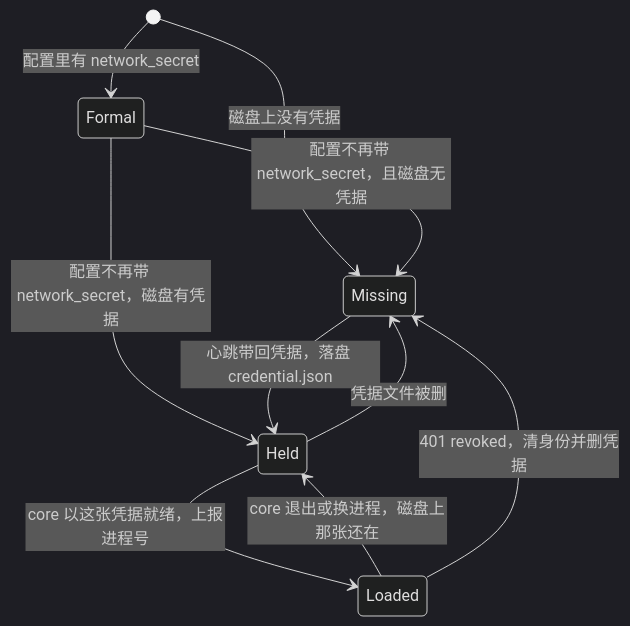
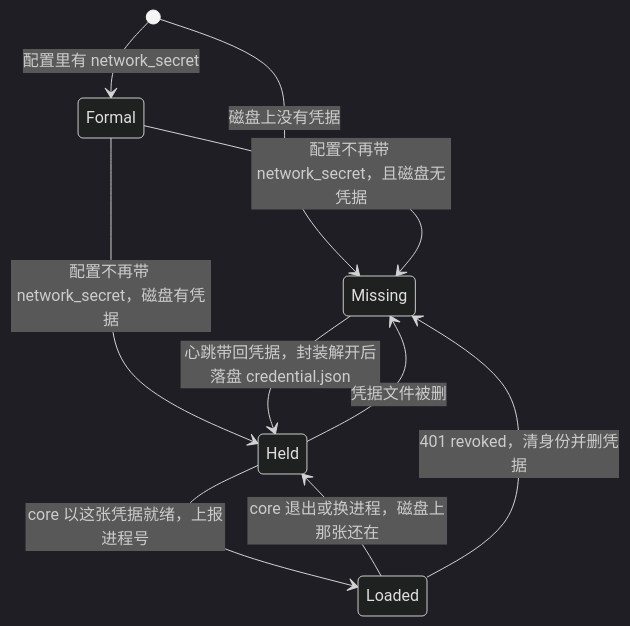
The second of 8 diagrams in docs/states.md (hiromuraki/mesh-client), drawn with Mermaid (dark theme) before and after one commit. The commit also changed 1 other file, not shown here.

Commit message:
docs: 心跳带回的凭据是封装的一份

````diff
--- a/docs/states.md
+++ b/docs/states.md
@@ -68,12 +68,12 @@
 ```mermaid
 stateDiagram-v2
     [*] --> Formal: 配置里有 network_secret
     [*] --> Missing: 磁盘上没有凭据
     Formal --> Missing: 配置不再带 network_secret，且磁盘无凭据
     Formal --> Held: 配置不再带 network_secret，磁盘有凭据
-    Missing --> Held: 心跳带回凭据，落盘 credential.json
+    Missing --> Held: 心跳带回凭据，封装解开后落盘 credential.json
     Held --> Loaded: core 以这张凭据就绪，上报进程号
     Loaded --> Held: core 退出或换进程，磁盘上那张还在
     Held --> Missing: 凭据文件被删
     Loaded --> Missing: 401 revoked，清身份并删凭据
 ```
````
